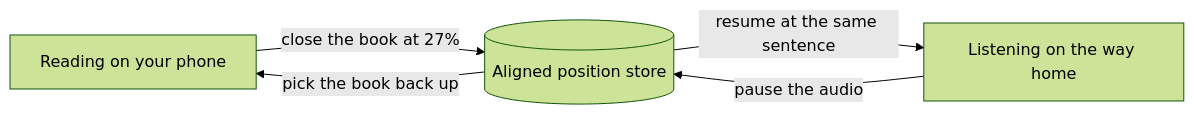
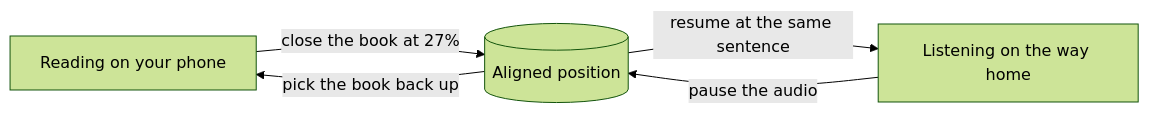
Before and after one commit to Mahcks/Aldus: the second of 3 diagrams in README.md, drawn with Mermaid (forest theme). The commit also changed other lines of this file, not shown here.

````diff
--- a/README.md
+++ b/README.md
@@ -73,7 +96,7 @@
 ```mermaid
 flowchart LR
-    A[Reading on your phone] -->|close the book at 27%| B[(Aligned position store)]
+    A[Reading on your phone] -->|close the book at 27%| B[(Aligned position)]
     B -->|resume at the same sentence| C[Listening on the way home]
     C -->|pause the audio| B
     B -->|pick the book back up| A
 ```
````
